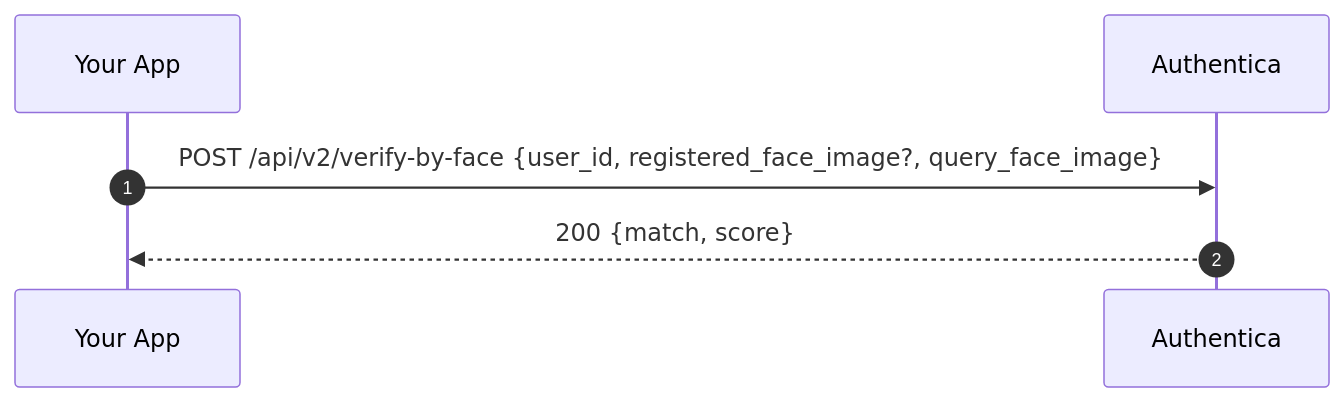
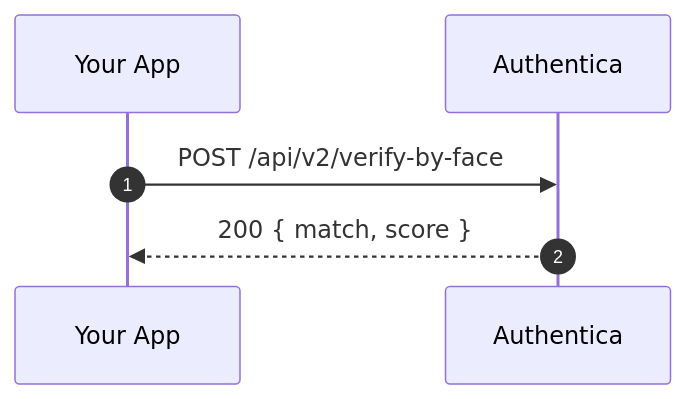
One commit to AuthenticaSA/Plug-and-Play-Auth changed the second of 5 diagrams in README.md. Above: the diagram before and after it, drawn with Mermaid. The commit also changed other lines of this file and 2 other files, not shown here.

````diff
--- a/README.md
+++ b/README.md
@@ -357,8 +275,8 @@
 ```mermaid
 sequenceDiagram
   autonumber
   participant App as Your App
   participant Auth as Authentica
-  App->>Auth: POST /api/v2/verify-by-face {user_id, registered_face_image?, query_face_image}
-  Auth-->>App: 200 {match, score}
+  App->>Auth: POST /api/v2/verify-by-face
+  Auth-->>App: 200 { match, score }
 ```
````
